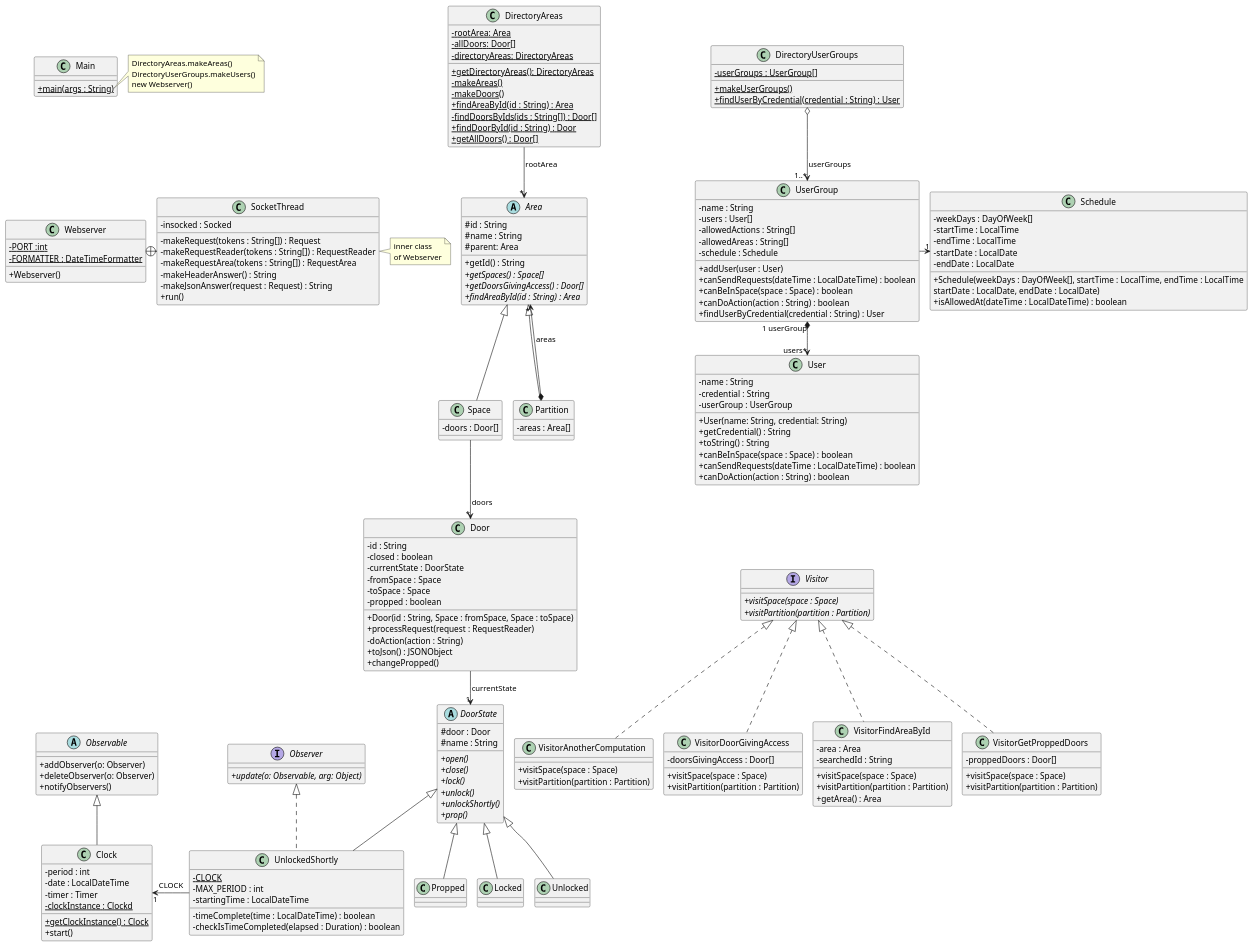
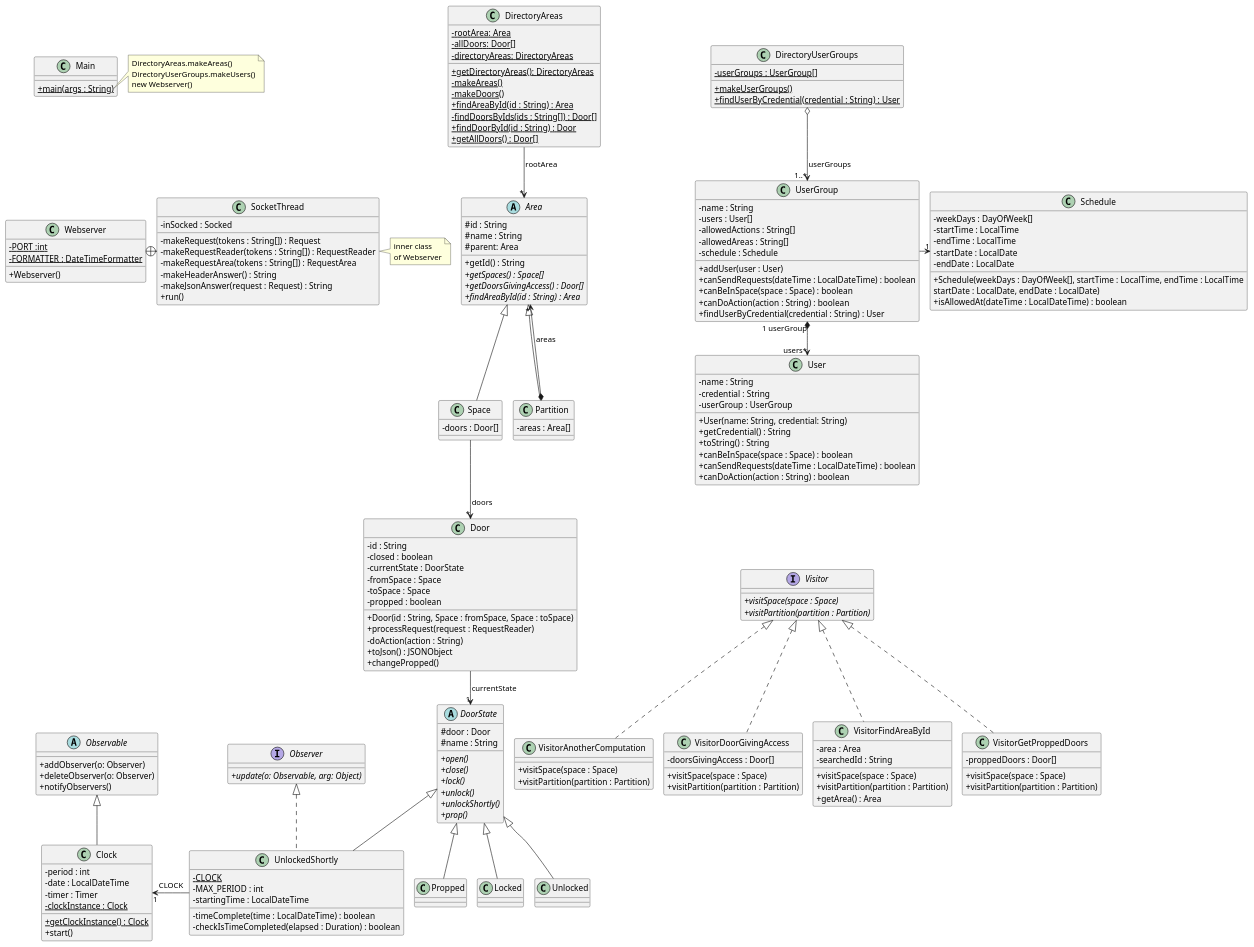
The diagram in src/baseNoStates/uml/base_no_states.puml (cantepoler/acs_uab), drawn with PlantUML before and after one commit. The commit also changed 19 other files, not shown here.

```diff
--- a/src/baseNoStates/uml/base_no_states.puml
+++ b/src/baseNoStates/uml/base_no_states.puml
@@ -10,7 +10,7 @@
 }
 
 class SocketThread {
-- insocked : Socked
+- inSocked : Socked
 - makeRequest(tokens : String[]) : Request
 - makeRequestReader(tokens : String[]) : RequestReader
 - makeRequestArea(tokens : String[]) : RequestArea
@@ -169,7 +169,7 @@
 - period : int
 - date : LocalDateTime
 - timer : Timer
-{static}- clockInstance : Clockd
+{static}- clockInstance : Clock
 {static}+ getClockInstance() : Clock
 + start()
 }
```
